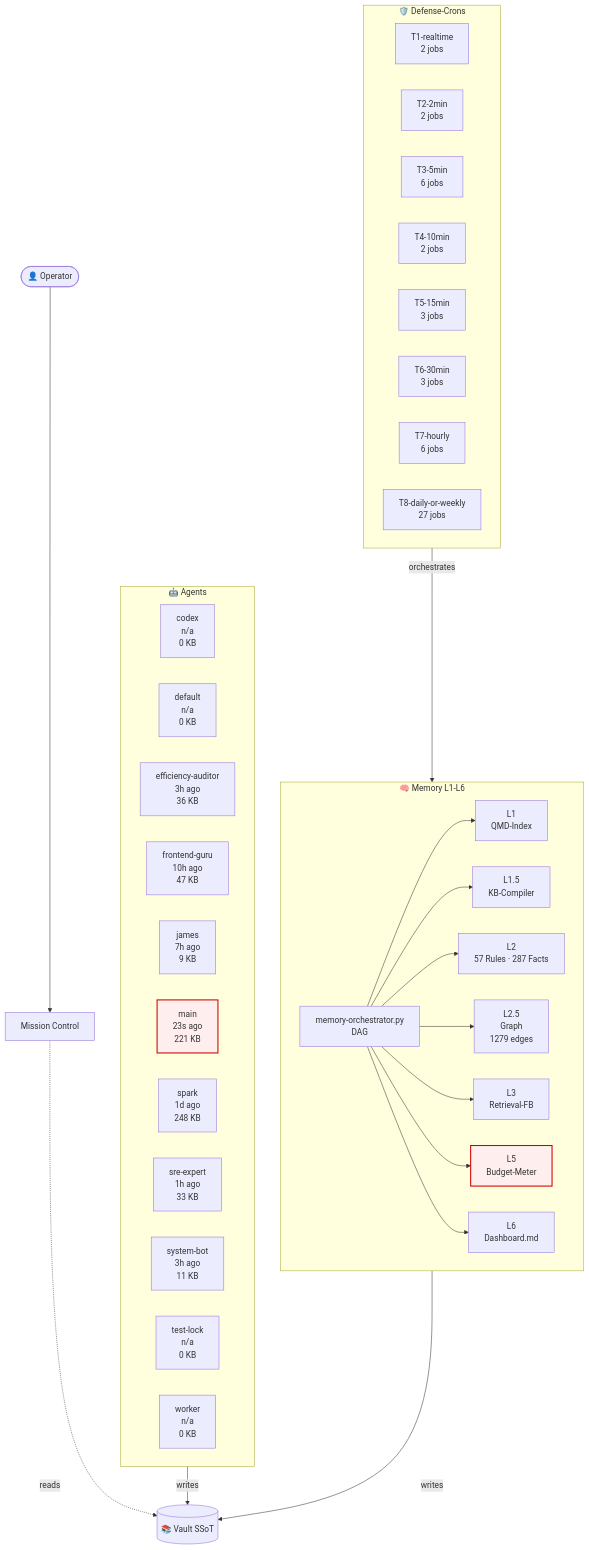
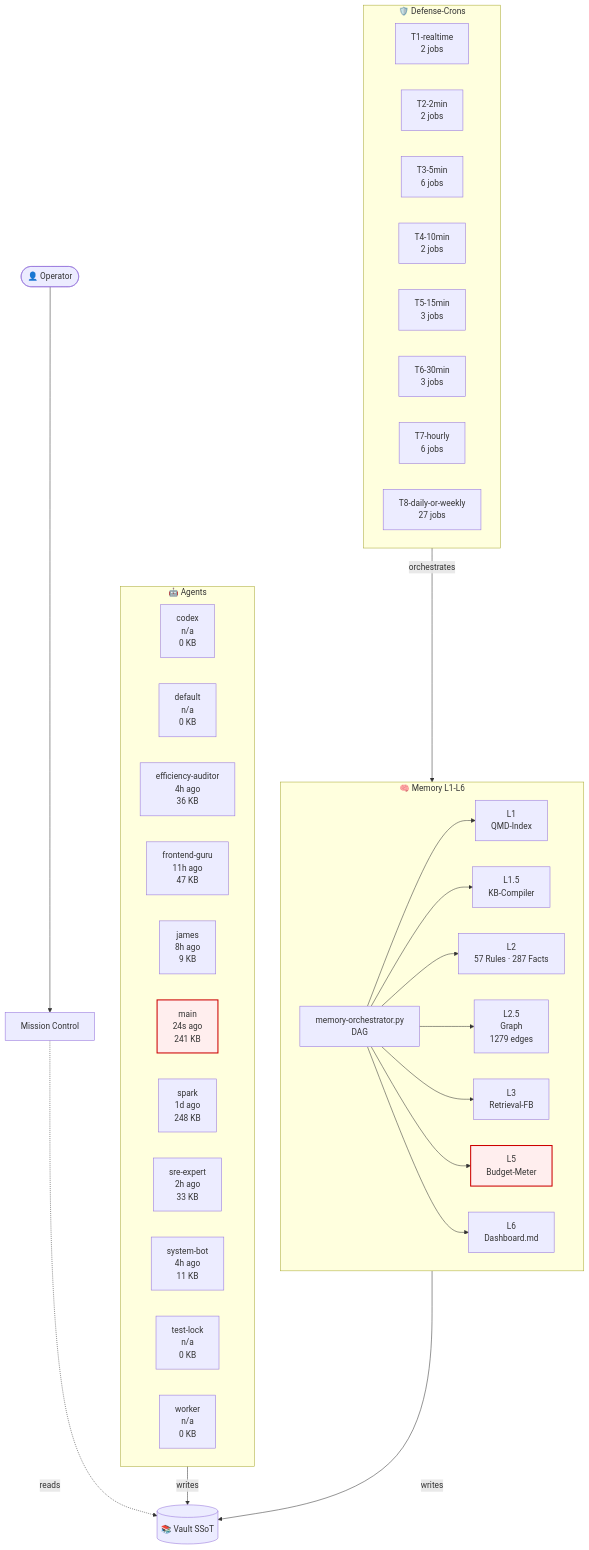
One commit to lenardhuebner88-rgb/openclaw-memory changed the diagram in 03-Agents/architecture-live.md. Above: the diagram before and after it, drawn with Mermaid. The commit also changed other lines of this file and 13 other files, not shown here.

````diff
--- a/03-Agents/architecture-live.md
+++ b/03-Agents/architecture-live.md
@@ -18,54 +18,54 @@
 ```mermaid
 flowchart TB
     classDef critical fill:#fee,stroke:#c00,stroke-width:2px;
     subgraph AGT["🤖 Agents"]
         agent_codex["codex<br/>n/a<br/>0 KB"]
         agent_default["default<br/>n/a<br/>0 KB"]
-        agent_efficiency_auditor["efficiency-auditor<br/>3h ago<br/>36 KB"]
-        agent_frontend_guru["frontend-guru<br/>10h ago<br/>47 KB"]
-        agent_james["james<br/>7h ago<br/>9 KB"]
-        agent_main["main<br/>23s ago<br/>221 KB"]
+        agent_efficiency_auditor["efficiency-auditor<br/>4h ago<br/>36 KB"]
+        agent_frontend_guru["frontend-guru<br/>11h ago<br/>47 KB"]
+        agent_james["james<br/>8h ago<br/>9 KB"]
+        agent_main["main<br/>24s ago<br/>241 KB"]
         agent_spark["spark<br/>1d ago<br/>248 KB"]
-        agent_sre_expert["sre-expert<br/>1h ago<br/>33 KB"]
-        agent_system_bot["system-bot<br/>3h ago<br/>11 KB"]
+        agent_sre_expert["sre-expert<br/>2h ago<br/>33 KB"]
+        agent_system_bot["system-bot<br/>4h ago<br/>11 KB"]
         agent_test_lock["test-lock<br/>n/a<br/>0 KB"]
         agent_worker["worker<br/>n/a<br/>0 KB"]
     end
     subgraph MEM["🧠 Memory L1-L6"]
         L1["L1<br/>QMD-Index"]
         L15["L1.5<br/>KB-Compiler"]
         L2["L2<br/>57 Rules · 287 Facts"]
         L25["L2.5<br/>Graph<br/>1279 edges"]
         L3["L3<br/>Retrieval-FB"]
         L5["L5<br/>Budget-Meter"]
         L6["L6<br/>Dashboard.md"]
         ORCH["memory-orchestrator.py<br/>DAG"]
     end
     subgraph CRN["🛡️ Defense-Crons"]
         tier_T1_realtime["T1-realtime<br/>2 jobs"]
         tier_T2_2min["T2-2min<br/>2 jobs"]
         tier_T3_5min["T3-5min<br/>6 jobs"]
         tier_T4_10min["T4-10min<br/>2 jobs"]
         tier_T5_15min["T5-15min<br/>3 jobs"]
         tier_T6_30min["T6-30min<br/>3 jobs"]
         tier_T7_hourly["T7-hourly<br/>6 jobs"]
         tier_T8_daily_or_weekly["T8-daily-or-weekly<br/>27 jobs"]
     end
     VAULT[("📚 Vault SSoT")]
     OP([👤 Operator])
     MC["Mission Control"]
     OP --> MC
     MC -.reads.-> VAULT
     AGT -->|writes| VAULT
     MEM -->|writes| VAULT
     ORCH --> L1
     ORCH --> L15
     ORCH --> L2
     ORCH --> L25
     ORCH --> L3
     ORCH --> L5
     ORCH --> L6
     CRN -->|orchestrates| MEM
     class L5 critical
     class agent_main critical
 ```
````
